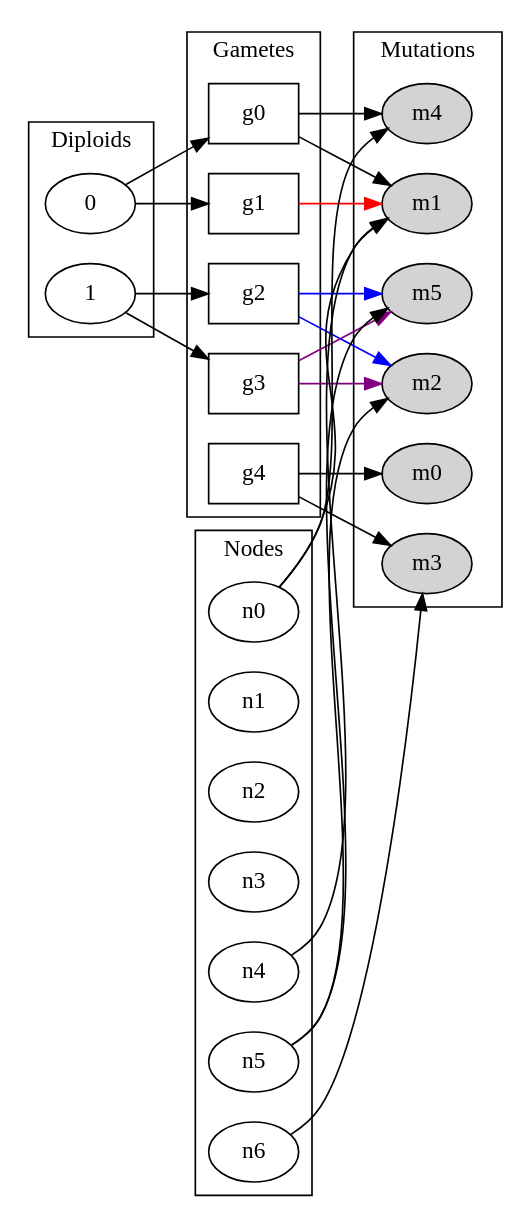
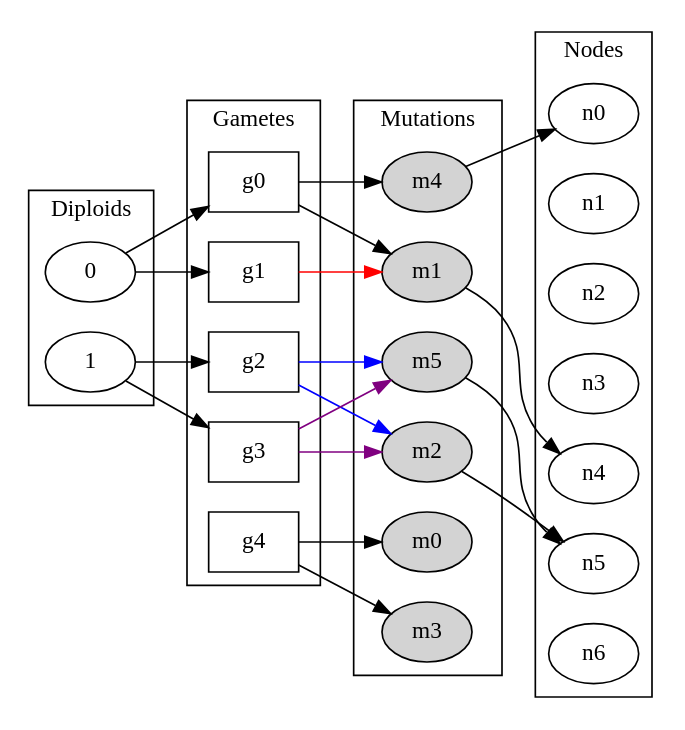
One commit to molpopgen/fwdpp_tsms changed the diagram in figs/datastructures.dot. Above: the diagram before and after it, drawn with Graphviz.

Commit message:
finally a decent layout

```diff
--- a/figs/datastructures.dot
+++ b/figs/datastructures.dot
@@ -1,48 +1,52 @@
 digraph d {
     graph[rankdir=LR]
 
     subgraph cluster_diploids {
     node [shape=oval]
     0 
     1
     label="Diploids"
     }
 
     subgraph cluster_gametes {
     node [shape=box]
     g0
     g1
     g2
     g3
     g4
     label="Gametes"
     }
 
     0 -> {g0, g1}
     1 -> {g2, g3}
 
     subgraph cluster_mutations {
     node [style=filled]
     m0  m1 m2  m3  m4  m5
     label="Mutations"
     }
 
     g0 -> {m1,m4} 
     g1 -> {m1} [color="red"]
     g2 -> {m2,m5} [color="blue"]
     g3 -> {m2,m5} [color="purple"]
     g4 -> {m0,m3}
 
     subgraph cluster_nodes
     {
-    n0 n1 n2 n3 n4 n5 n6
+    n0
+    n1
+    n2
+    n3
+    n4
+    n5
+    n6
     label="Nodes"
     }
 
-    n0 -> m1 ;
-    n0 -> m4
-    n4 -> m1
-    n5 -> {m2,m5}
-    n6 -> m3 ;
-
+    m1 -> n4 [constraint=false];
+    m4 ->n0 ;
+    m2 -> n5;
+    m5 -> n5[constraint=false];
 }
```
